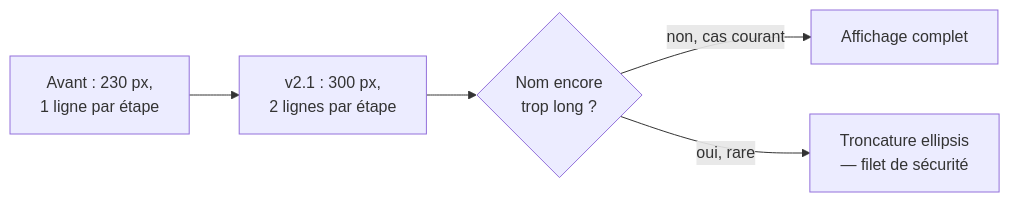
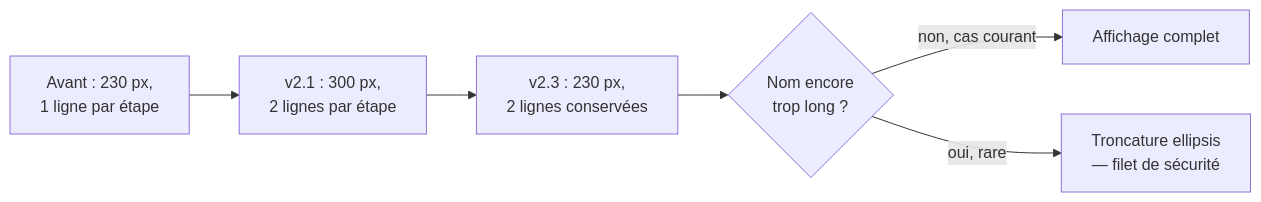
The third of 12 diagrams in demos/space-travel/docs/spec-space_travel_and_transport-2.3.md (mcgivrer/csblog), drawn with Mermaid before and after one commit. The commit also changed other lines of this file and 22 other files, not shown here.

````diff
--- a/demos/space-travel/docs/spec-space_travel_and_transport-2.3.md
+++ b/demos/space-travel/docs/spec-space_travel_and_transport-2.3.md
@@ -118,7 +120,8 @@
 ```mermaid
 flowchart LR
     A["Avant : 230 px,<br/>1 ligne par étape"] --> B["v2.1 : 300 px,<br/>2 lignes par étape"]
-    B --> C{Nom encore<br/>trop long ?}
+    B --> F["v2.3 : 230 px,<br/>2 lignes conservées"]
+    F --> C{Nom encore<br/>trop long ?}
     C -->|non, cas courant| D[Affichage complet]
     C -->|oui, rare| E[Troncature ellipsis<br/>— filet de sécurité]
 ```
````
